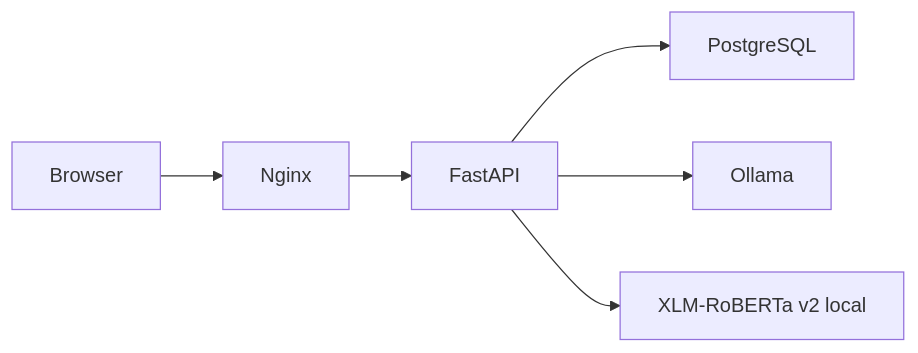
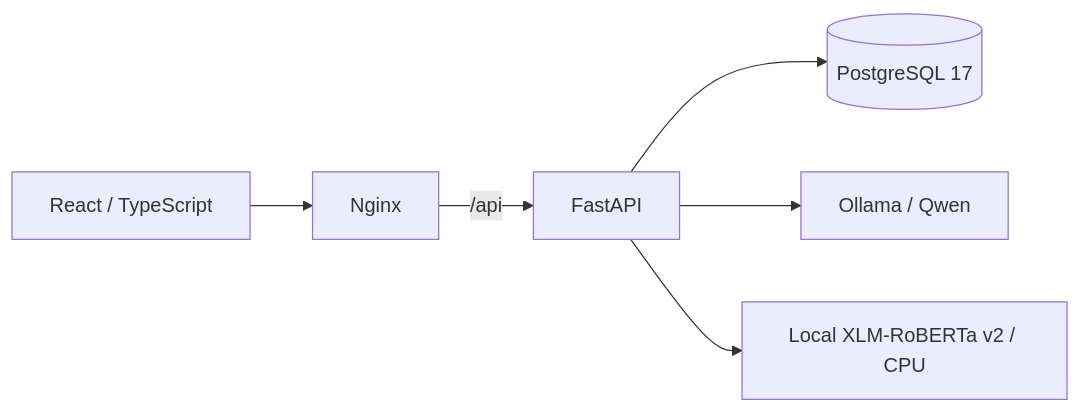
One commit to cstrava/ai-helpdesk changed the diagram in README.md. Above: the diagram before and after it, drawn with Mermaid. The commit also changed other lines of this file and 8 other files, not shown here.

````diff
--- a/README.md
+++ b/README.md
@@ -13,8 +19,8 @@
 ```mermaid
 flowchart LR
-    Browser --> Nginx
-    Nginx --> FastAPI
-    FastAPI --> PostgreSQL
-    FastAPI --> Ollama
-    FastAPI --> XLMR[XLM-RoBERTa v2 local]
+    Browser[React / TypeScript] --> Nginx
+    Nginx -->|/api| API[FastAPI]
+    API --> DB[(PostgreSQL 17)]
+    API --> Ollama[Ollama / Qwen]
+    API --> XLMR[Local XLM-RoBERTa v2 / CPU]
 ```
````
